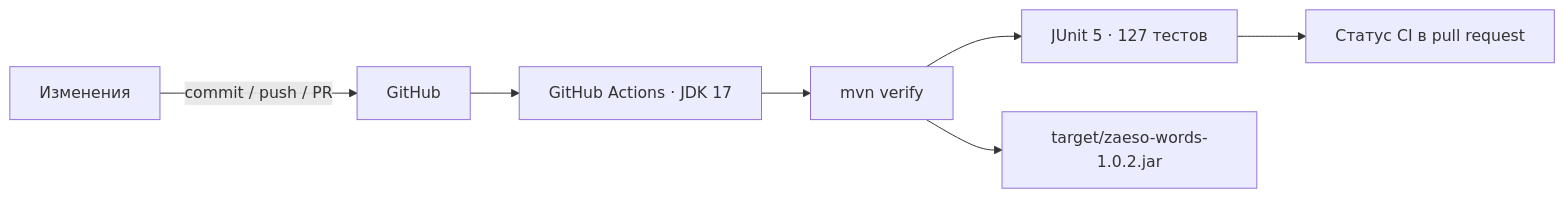
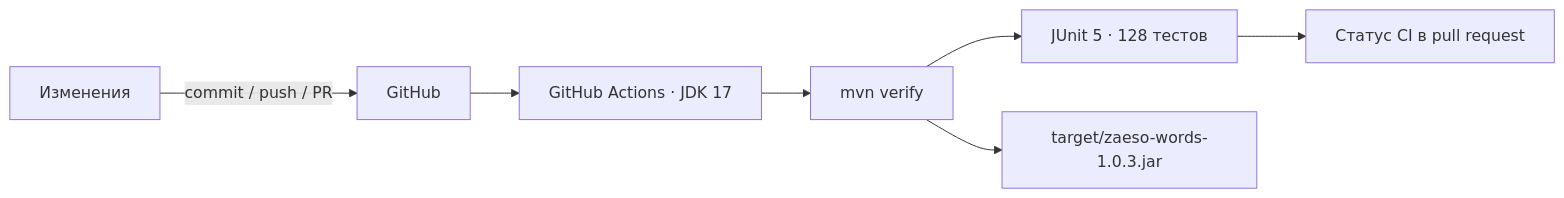
The third of 4 diagrams in zaeso-Words-Roadmap.md (zaeso/zaeso-Words), drawn with Mermaid before and after one commit. The commit also changed other lines of this file and 7 other files, not shown here.

````diff
--- a/zaeso-Words-Roadmap.md
+++ b/zaeso-Words-Roadmap.md
@@ -259,9 +264,9 @@
 ```mermaid
 flowchart LR
     DEV["Изменения"] -->|"commit / push / PR"| GH["GitHub"]
     GH --> CI["GitHub Actions · JDK 17"]
     CI --> MVN["mvn verify"]
-    MVN --> TESTS["JUnit 5 · 127 тестов"]
-    MVN --> JAR["target/zaeso-words-1.0.2.jar"]
+    MVN --> TESTS["JUnit 5 · 128 тестов"]
+    MVN --> JAR["target/zaeso-words-1.0.3.jar"]
     TESTS --> STATUS["Статус CI в pull request"]
 ```
````
